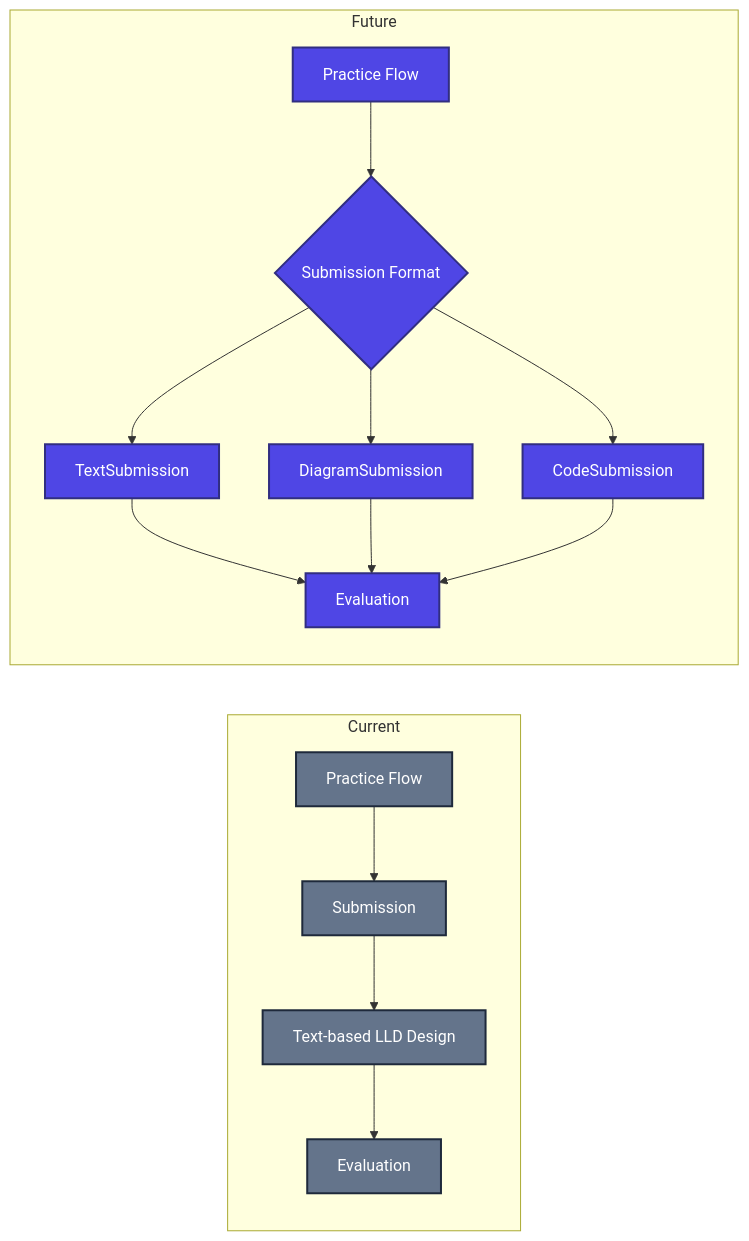
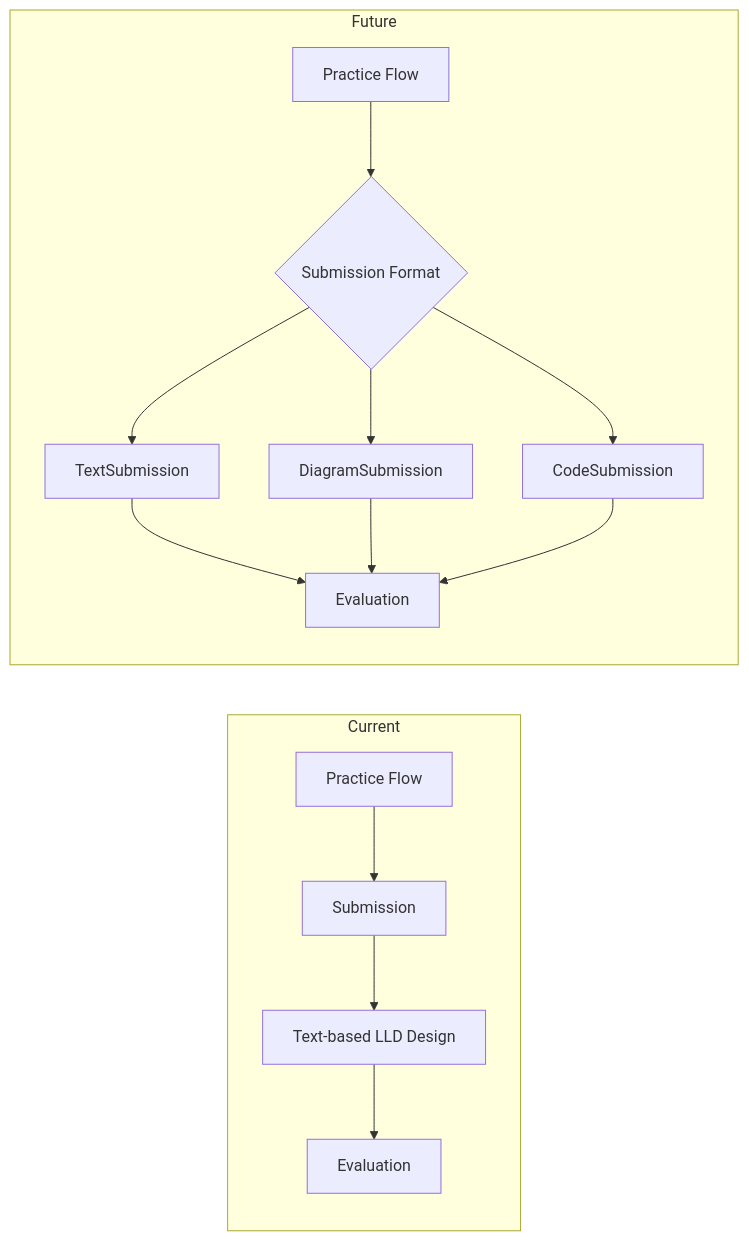
One commit to shaurya-sehgal5/LLD changed the sixth of 7 diagrams in README.md. Above: the diagram before and after it, drawn with Mermaid. The commit also changed other lines of this file, not shown here.

````diff
--- a/README.md
+++ b/README.md
@@ -622,23 +567,16 @@
 ```mermaid
 flowchart LR
-    subgraph CURRENT["Current"]
-        direction TB
+    subgraph CURRENT[Current]
         C1[Practice Flow] --> C2[Submission] --> C3["Text-based LLD Design"] --> C4[Evaluation]
     end
 
-    subgraph FUTURE["Future"]
-        direction TB
+    subgraph FUTURE[Future]
         F1[Practice Flow] --> F2{Submission Format}
         F2 --> F3[TextSubmission]
         F2 --> F4[DiagramSubmission]
         F2 --> F5[CodeSubmission]
         F3 --> F6[Evaluation]
         F4 --> F6
         F5 --> F6
     end
-
-    classDef cur fill:#64748b,stroke:#1e293b,color:#fff,stroke-width:2px
-    classDef fut fill:#4f46e5,stroke:#312e81,color:#fff,stroke-width:2px
-    class C1,C2,C3,C4 cur
-    class F1,F2,F3,F4,F5,F6 fut
 ```
````
